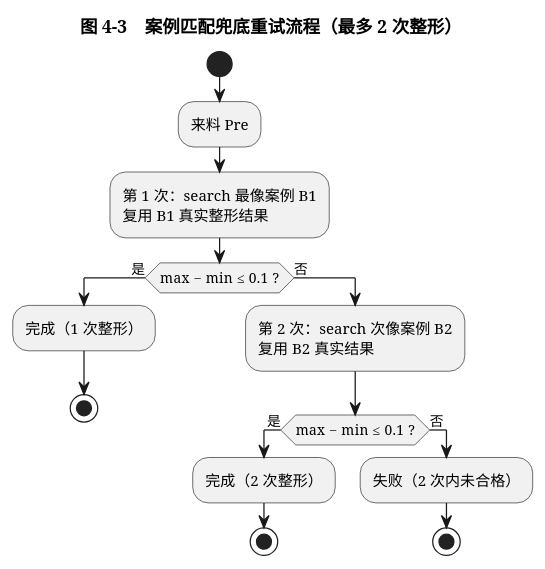
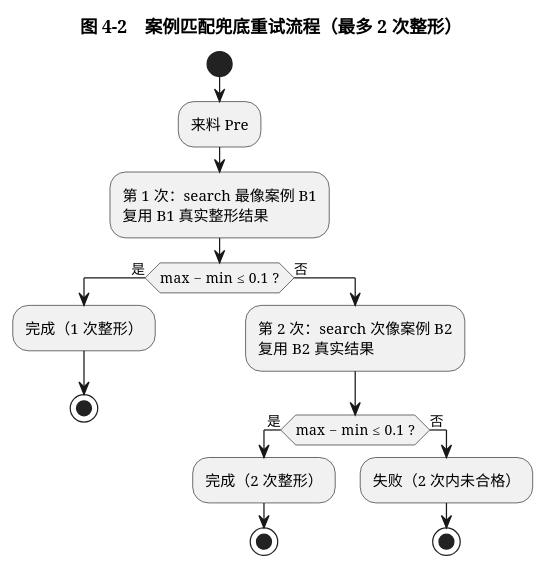
One commit to BUPTrookie/smart-shape changed the fourth of 6 diagrams in docs/工程实践结题报告.md. Above: the diagram before and after it, drawn with PlantUML. The commit also changed other lines of this file, not shown here.

````diff
--- a/docs/工程实践结题报告.md
+++ b/docs/工程实践结题报告.md
@@ -281,21 +327,21 @@
 ```plantuml
-@startuml 图4-3 案例匹配兜底重试
-title 图 4-3　案例匹配兜底重试流程（最多 2 次整形）
+@startuml 图4-2 案例匹配兜底重试
+title 图 4-2　案例匹配兜底重试流程（最多 2 次整形）
 start
 :来料 Pre;
 :第 1 次：search 最像案例 B1\n复用 B1 真实整形结果;
 if (max − min ≤ 0.1 ?) then (是)
   :完成（1 次整形）;
   stop
 else (否)
   :第 2 次：search 次像案例 B2\n复用 B2 真实结果;
   if (max − min ≤ 0.1 ?) then (是)
     :完成（2 次整形）;
     stop
   else (否)
     :失败（2 次内未合格）;
     stop
   endif
 endif
 @enduml
 ```
````
